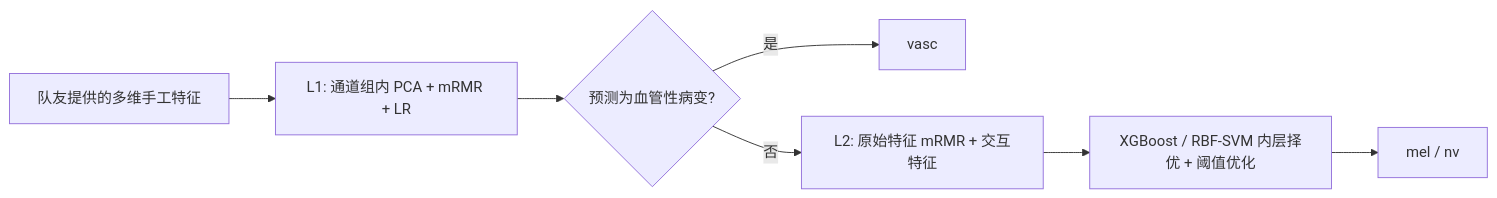
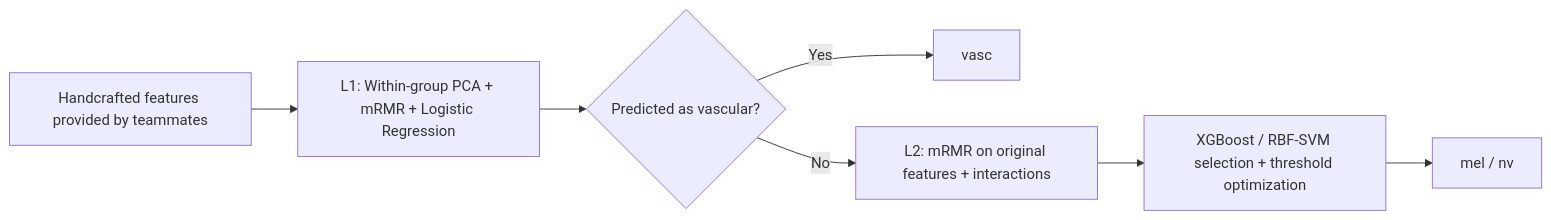
Before and after one commit to f1ve5/skin-lesion-ml: the diagram in README.md, drawn with Mermaid. The commit also changed other lines of this file and 1 other file, not shown here.

````diff
--- a/README.md
+++ b/README.md
@@ -11,9 +15,9 @@
 ```mermaid
 flowchart LR
-    A[队友提供的多维手工特征] --> B[L1: 通道组内 PCA + mRMR + LR]
-    B --> C{预测为血管性病变?}
-    C -->|是| D[vasc]
-    C -->|否| E[L2: 原始特征 mRMR + 交互特征]
-    E --> F[XGBoost / RBF-SVM 内层择优 + 阈值优化]
-    F --> G[mel / nv]
+    A["Handcrafted features provided by teammates"] --> B["L1: Within-group PCA + mRMR + Logistic Regression"]
+    B --> C{"Predicted as vascular?"}
+    C -->|Yes| D["vasc"]
+    C -->|No| E["L2: mRMR on original features + interactions"]
+    E --> F["XGBoost / RBF-SVM selection + threshold optimization"]
+    F --> G["mel / nv"]
 ```
````
